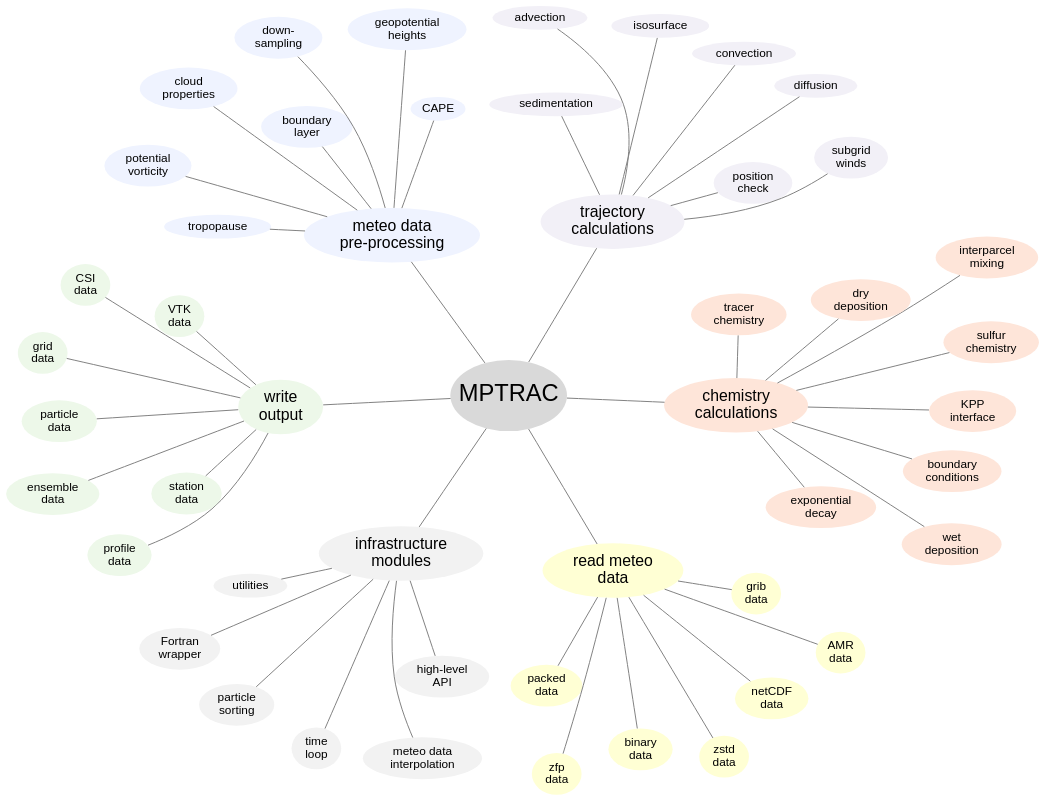
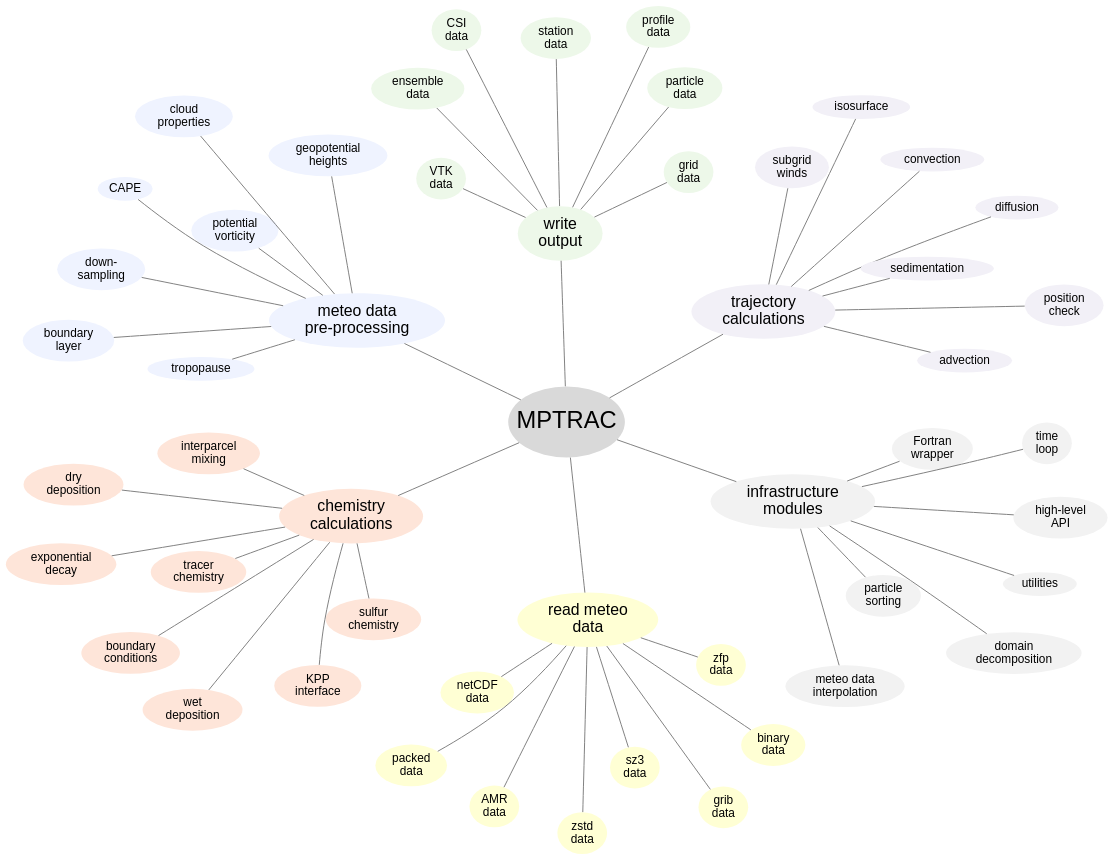
Before and after one commit to slcs-jsc/mptrac: the diagram in docs/images/clusters.dot, drawn with Graphviz. The commit also changed 3 other files, not shown here.

```diff
--- a/docs/images/clusters.dot
+++ b/docs/images/clusters.dot
@@ -1,136 +1,139 @@
 graph MPTRAC {
 
   edge [penwidth=2 color="gray"]
   node [style="filled" penwidth=0 fillcolor="gray85" fontname="Helvetica" fontcolor="black" fontsize=24]
   layout=neato;
   start=0;
   margin=0;
   overlap=false;
   splines=true;
   ratio=0.75;
   
   MPTRAC -- {
     "infrastructure\nmodules"
     "trajectory\ncalculations"
     "chemistry\ncalculations"
     "read meteo\ndata"
     "write\noutput"
     "meteo data\npre-processing"
   }
   MPTRAC [fontsize=48 height=2]
   "infrastructure\nmodules" [fontsize=32 fillcolor="gray95"]
   "trajectory\ncalculations" [fontsize=32 colorscheme=purples5 fillcolor=1]
   "chemistry\ncalculations" [fontsize=32 colorscheme=reds5 fillcolor=1]
   "read meteo\ndata" [fontsize=32 colorscheme=ylorbr5 fillcolor=1]
   "write\noutput" [fontsize=32 colorscheme=greens5 fillcolor=1]
   "meteo data\npre-processing" [fontsize=32 colorscheme=blues5 fillcolor=1]
 
 
   "infrastructure\nmodules" -- {
     "Fortran\nwrapper"
     "high-level\nAPI"
+    "domain\ndecomposition"
     "meteo data\ninterpolation"
     "particle\nsorting"
     "time\nloop"
     "utilities"
   }
     "Fortran\nwrapper" [fillcolor="gray95"]
     "high-level\nAPI" [fillcolor="gray95"]
+    "domain\ndecomposition" [fillcolor="gray95"]
     "meteo data\ninterpolation" [fillcolor="gray95"]
     "particle\nsorting" [fillcolor="gray95"]
     "time\nloop" [fillcolor="gray95"]
     "utilities" [fillcolor="gray95"]
 
 
   "read meteo\ndata" -- {
     "AMR\ndata"
     "binary\ndata"
     "grib\ndata"
     "netCDF\ndata"
     "packed\ndata"
+    "zstd\ndata"
     "zfp\ndata"
-    "zstd\ndata"
+    "sz3\ndata"
   }
     "AMR\ndata" [colorscheme=ylorbr5 fillcolor=1]
     "binary\ndata" [colorscheme=ylorbr5 fillcolor=1]
     "grib\ndata" [colorscheme=ylorbr5 fillcolor=1]
     "netCDF\ndata" [colorscheme=ylorbr5 fillcolor=1]
     "packed\ndata" [colorscheme=ylorbr5 fillcolor=1]
+    "zstd\ndata" [colorscheme=ylorbr5 fillcolor=1]
     "zfp\ndata" [colorscheme=ylorbr5 fillcolor=1]
-    "zstd\ndata" [colorscheme=ylorbr5 fillcolor=1]
+    "sz3\ndata" [colorscheme=ylorbr5 fillcolor=1]
  
-
   "write\noutput" -- {
     "CSI\ndata"
     "ensemble\ndata"
     "grid\ndata"
     "particle\ndata"
     "profile\ndata"
     "station\ndata"
     "VTK\ndata"
   }
     "CSI\ndata" [colorscheme=greens5 fillcolor=1]
     "ensemble\ndata" [colorscheme=greens5 fillcolor=1]
     "grid\ndata" [colorscheme=greens5 fillcolor=1]
     "particle\ndata" [colorscheme=greens5 fillcolor=1]
     "profile\ndata" [colorscheme=greens5 fillcolor=1]
     "station\ndata" [colorscheme=greens5 fillcolor=1]
     "VTK\ndata" [colorscheme=greens5 fillcolor=1]
 
 
   "meteo data\npre-processing" -- {
     "geopotential\nheights"
     "potential\nvorticity"
     "CAPE"
     "boundary\nlayer"
     "cloud\nproperties"
     "tropopause"
     "down-\nsampling"
   }
     "geopotential\nheights" [colorscheme=blues5 fillcolor=1]
     "potential\nvorticity" [colorscheme=blues5 fillcolor=1]
     "CAPE" [colorscheme=blues5 fillcolor=1]
     "boundary\nlayer" [colorscheme=blues5 fillcolor=1]
     "cloud\nproperties" [colorscheme=blues5 fillcolor=1]
     "tropopause" [colorscheme=blues5 fillcolor=1]
     "down-\nsampling" [colorscheme=blues5 fillcolor=1]
 
 
   "trajectory\ncalculations" -- {
     "position\ncheck"
     "advection"
     "diffusion"
     "subgrid\nwinds"
     "convection"
     "sedimentation"
     "isosurface"
   }
     "position\ncheck" [colorscheme=purples5 fillcolor=1]
     "advection" [colorscheme=purples5 fillcolor=1]
     "diffusion" [colorscheme=purples5 fillcolor=1]
     "subgrid\nwinds" [colorscheme=purples5 fillcolor=1]
     "convection" [colorscheme=purples5 fillcolor=1]
     "sedimentation" [colorscheme=purples5 fillcolor=1]
     "isosurface" [colorscheme=purples5 fillcolor=1]
 
 
   "chemistry\ncalculations" -- {
     "boundary\nconditions"
     "interparcel\nmixing"
     "exponential\ndecay"
     "sulfur\nchemistry"
     "tracer\nchemistry"
     "KPP\ninterface"
     "dry\ndeposition"
     "wet\ndeposition"
   }
     "boundary\nconditions" [colorscheme=reds5 fillcolor=1]
     "interparcel\nmixing" [colorscheme=reds5 fillcolor=1]
     "exponential\ndecay" [colorscheme=reds5 fillcolor=1]
     "sulfur\nchemistry" [colorscheme=reds5 fillcolor=1]
     "tracer\nchemistry" [colorscheme=reds5 fillcolor=1]
     "KPP\ninterface" [colorscheme=reds5 fillcolor=1]
     "dry\ndeposition" [colorscheme=reds5 fillcolor=1]
     "wet\ndeposition" [colorscheme=reds5 fillcolor=1]
 
 }
```
